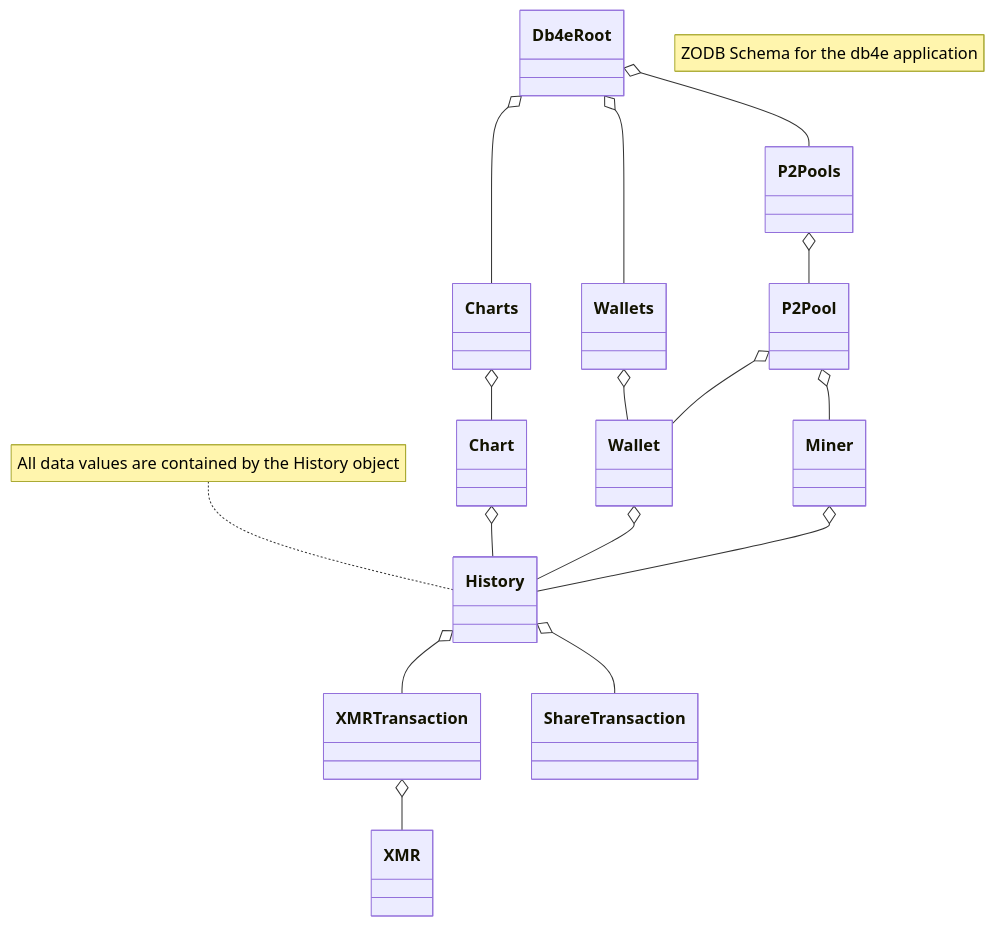
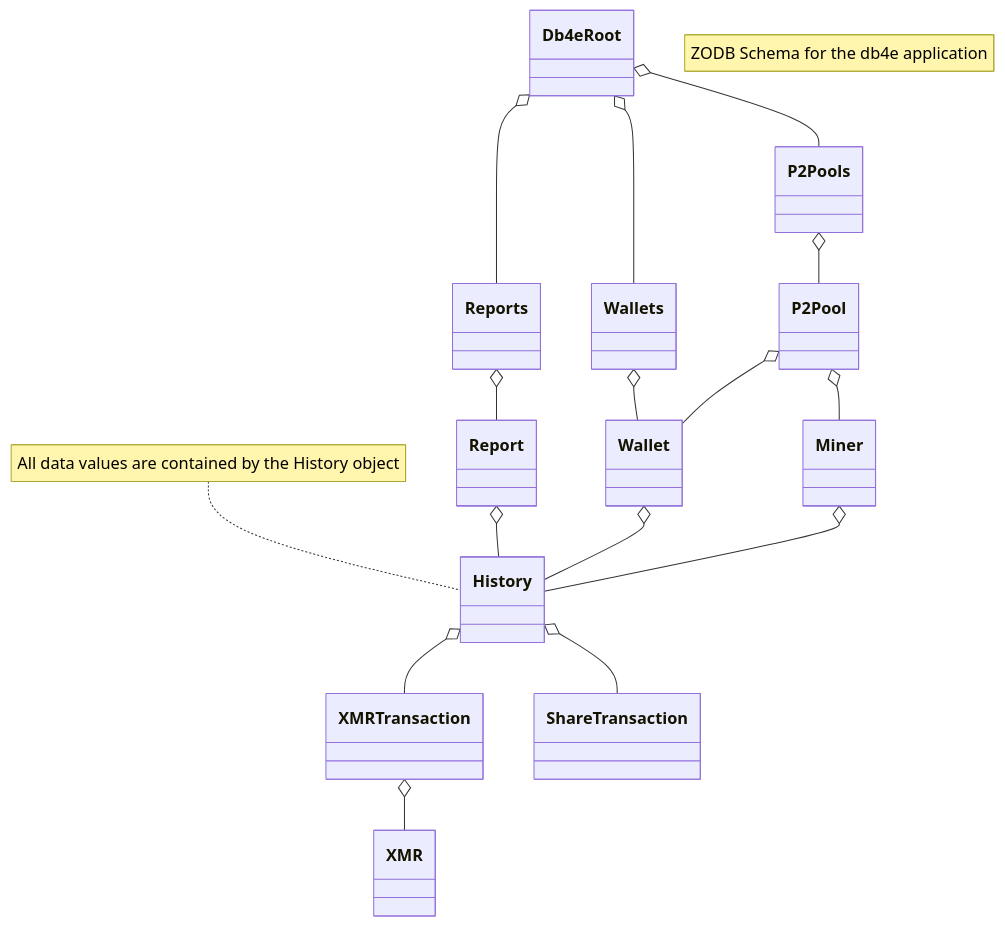
The diagram in _posts/2024-06-05-ZODB-Schema.md (NadimGhaznavi/myzodb), drawn with Mermaid before and after one commit.

```diff
--- a/_posts/2024-06-05-ZODB-Schema.md
+++ b/_posts/2024-06-05-ZODB-Schema.md
@@ -12,19 +12,19 @@
 <pre class="mermaid">    
   classDiagram
     note "ZODB Schema for the db4e application"
     Db4eRoot o-- Wallets
     Wallets o-- Wallet
     Db4eRoot o-- P2Pools
     P2Pools o-- P2Pool
-    note for History "All data values are contained by the History object"
-    Db4eRoot o-- Charts
-    Charts o-- Chart
-    Chart o-- History
+    Db4eRoot o-- Reports
+    Reports o-- Report
+    Report o-- History
     P2Pool o-- Miner
     P2Pool o-- Wallet
     Wallet o-- History
     Miner o-- History
     History o-- XMRTransaction
     History o-- ShareTransaction
     XMRTransaction o-- XMR
+    note for History "All data values are contained by the History object"
 </pre>
```
